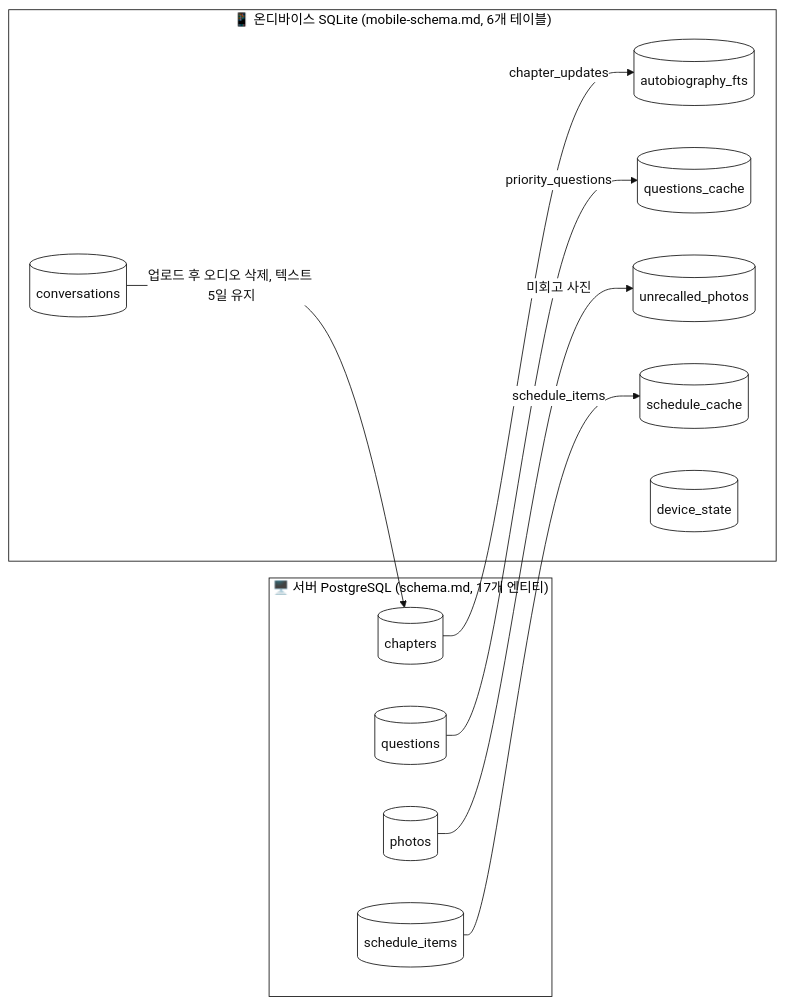
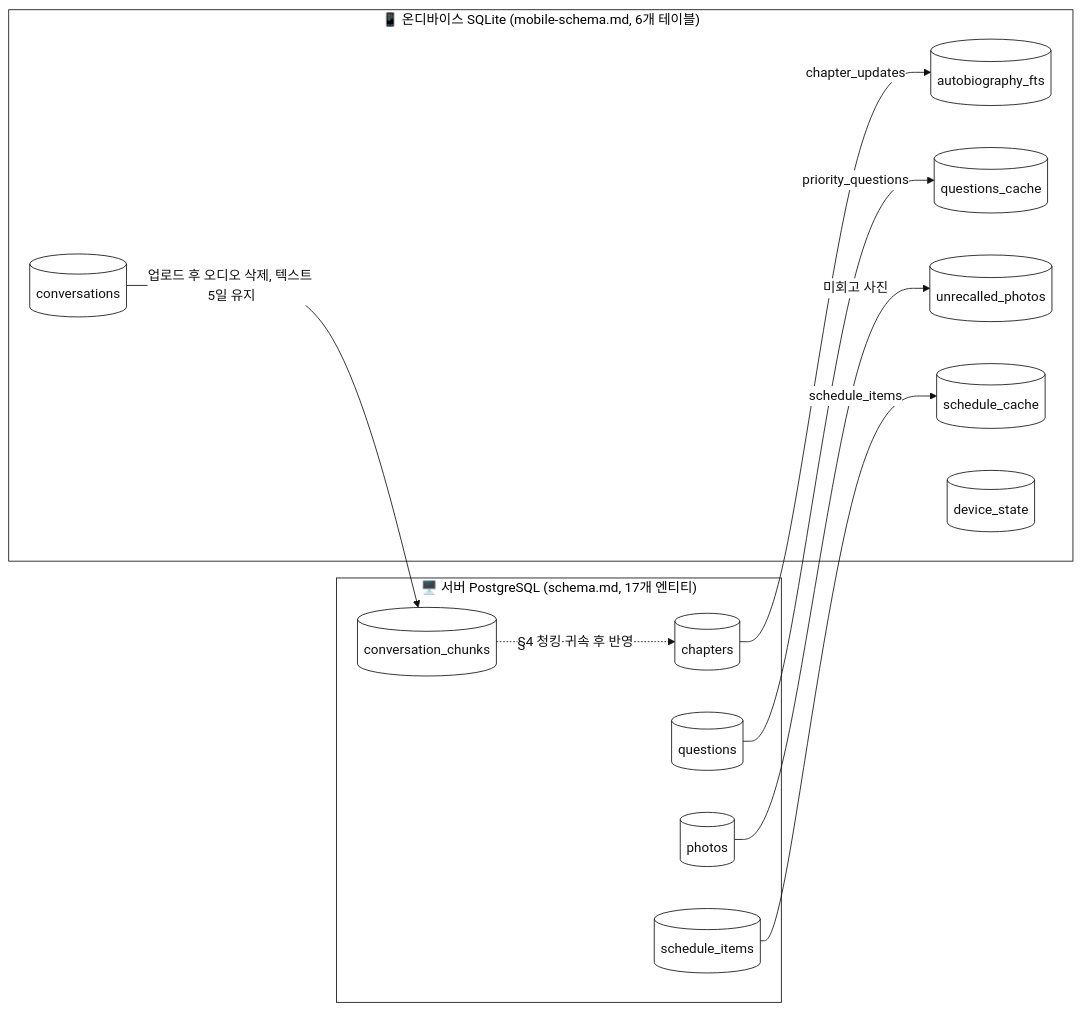
One commit to boheni07/SilverYarn changed diagram 19 of 21 in docs/02-design/workflow-diagrams.md. Above: the diagram before and after it, drawn with Mermaid. The commit also changed other lines of this file and 19 other files, not shown here.

````diff
--- a/docs/02-design/workflow-diagrams.md
+++ b/docs/02-design/workflow-diagrams.md
@@ -538,15 +550,16 @@
 ```mermaid
 %%{init: {'theme':'base', 'themeVariables': {'primaryColor':'#ffffff','primaryTextColor':'#111111','primaryBorderColor':'#111111','lineColor':'#111111','background':'#ffffff','mainBkg':'#ffffff','textColor':'#111111','clusterBkg':'#ffffff','clusterBorder':'#111111','edgeLabelBackground':'#ffffff'}}}%%
 flowchart LR
     subgraph SRV["🖥️ 서버 PostgreSQL (schema.md, 17개 엔티티)"]
-        sc[("chapters")]; sp[("photos")]; sq[("questions")]; ss[("schedule_items")]
+        sc[("chapters")]; sp[("photos")]; sq[("questions")]; ss[("schedule_items")]; scc[("conversation_chunks")]
     end
     subgraph MOB["📱 온디바이스 SQLite (mobile-schema.md, 6개 테이블)"]
         mc[("autobiography_fts")]; mq[("questions_cache")]; mp[("unrecalled_photos")]; ms[("schedule_cache")]; mv[("conversations")]; md[("device_state")]
     end
     sc -->|"chapter_updates"| mc
     sq -->|"priority_questions"| mq
     sp -->|"미회고 사진"| mp
     ss -->|"schedule_items"| ms
-    mv -->|"업로드 후 오디오 삭제, 텍스트 5일 유지"| sc
+    mv -->|"업로드 후 오디오 삭제, 텍스트 5일 유지"| scc
+    scc -.->|"§4 청킹·귀속 후 반영"| sc
 ```
````
